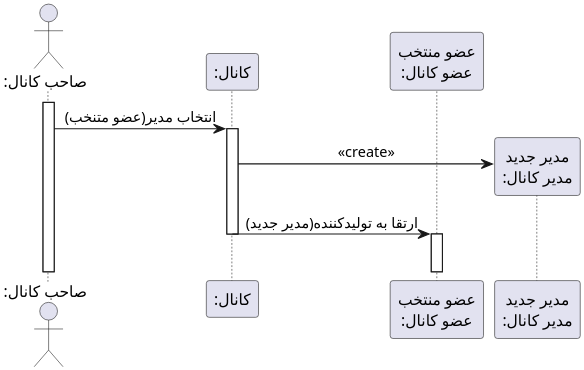
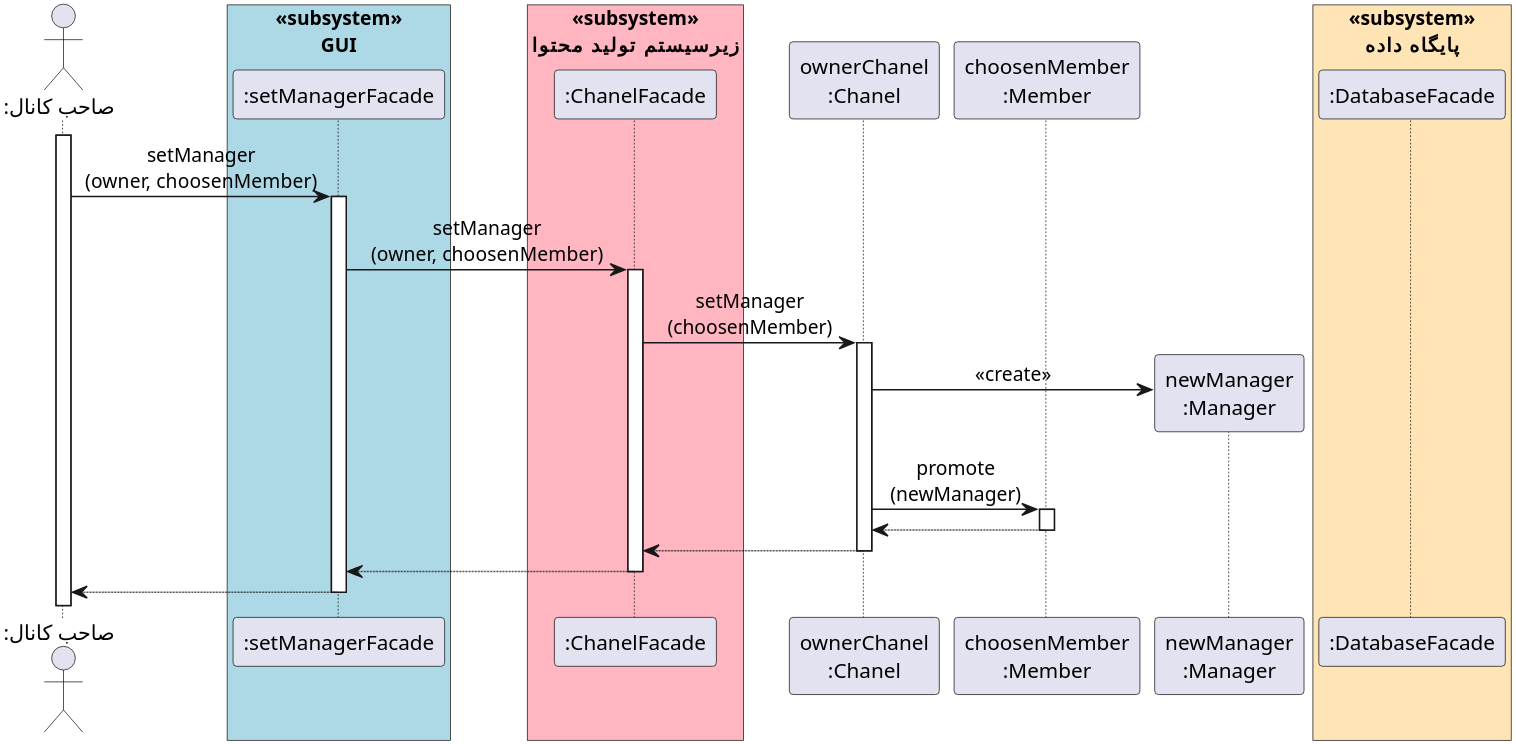
One commit to soleyman79/Qasedak changed the diagram in Diagrams/Design Sequence/ChooseManager.puml. Above: the diagram before and after it, drawn with PlantUML.

Commit message:
Add choose manager

```diff
--- a/Diagrams/Design Sequence/ChooseManager.puml
+++ b/Diagrams/Design Sequence/ChooseManager.puml
@@ -1,25 +1,44 @@
 @startuml choose_manager
 
 
-scale 3
+scale 4
 skinparam DefaultFontName Vazir
 skinparam DefaultTextAlignment center
 
 
 actor ":صاحب کانال" as owner
-participant ":کانال" as chanel
-participant "عضو منتخب\n:عضو کانال" as member
-participant "مدیر جدید\n:مدیر کانال" as manager
+box "«subsystem»\nGUI" #LightBlue
+participant ":setManagerFacade" as ui
+end box
+box "«subsystem»\nزیرسیستم تولید محتوا" #LightPink
+participant ":ChanelFacade" as chanelFacade
+end box
+participant "ownerChanel\n:Chanel" as chanel
+participant "choosenMember\n:Member" as member
+participant "newManager\n:Manager" as manager
+box "«subsystem»\nپایگاه داده" #Moccasin
+participant ":DatabaseFacade" as db
+end box
+
 
 activate owner
-owner -> chanel : انتخاب مدیر(عضو متنخب)
+owner -> ui: setManager\n(owner, choosenMember)
+activate ui
+ui -> chanelFacade: setManager\n(owner, choosenMember)
+activate chanelFacade
+chanelFacade -> chanel: setManager\n(choosenMember)
 activate chanel
-chanel -> manager ** : «create»
-chanel -> member : ارتقا به تولیدکننده(مدیر جدید)
+chanel -> manager **: «create»
+chanel -> member: promote\n(newManager)
+activate member
+member --> chanel
+deactivate member
+chanel --> chanelFacade
 deactivate chanel
-activate member
-deactivate member
-|||
+chanelFacade --> ui
+deactivate chanelFacade
+ui --> owner
+deactivate ui
 
 
 @enduml
```
